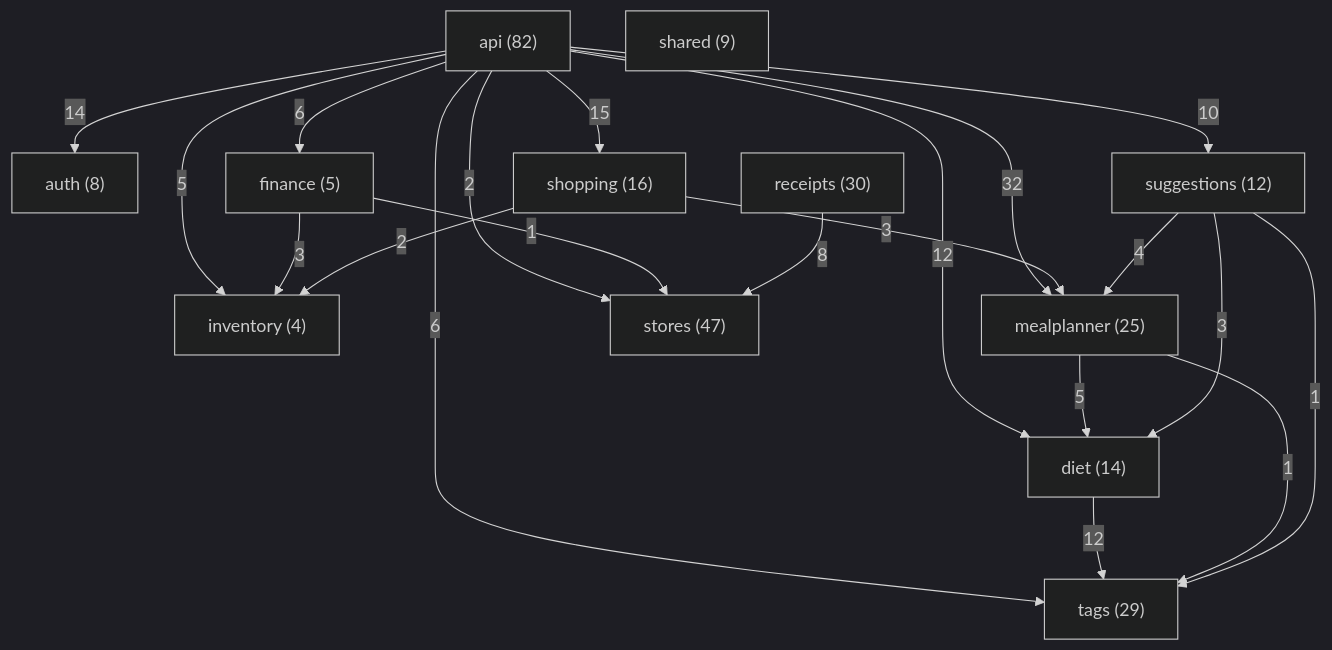
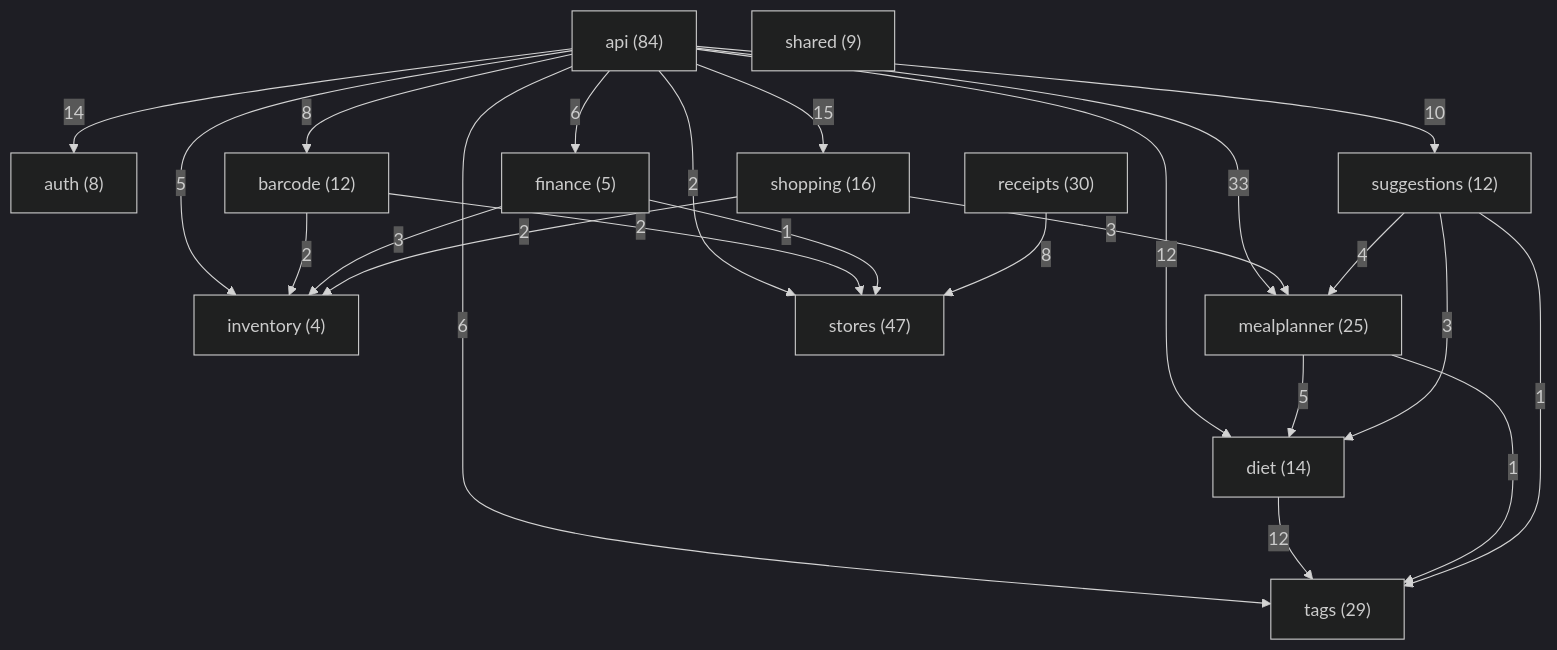
The diagram in docs/classes/README.md (Nate-ryan-7690/dahaem), drawn with Mermaid (dark theme) before and after one commit. The commit also changed other lines of this file and 7 other files, not shown here.

````diff
--- a/docs/classes/README.md
+++ b/docs/classes/README.md
@@ -9,35 +9,39 @@
 ```mermaid
 flowchart TD
-    api["api (82)"]
+    api["api (84)"]
     auth["auth (8)"]
+    barcode["barcode (12)"]
     diet["diet (14)"]
     finance["finance (5)"]
     inventory["inventory (4)"]
     mealplanner["mealplanner (25)"]
     receipts["receipts (30)"]
     shared["shared (9)"]
     shopping["shopping (16)"]
     stores["stores (47)"]
     suggestions["suggestions (12)"]
     tags["tags (29)"]
     api -->|14| auth
+    api -->|8| barcode
     api -->|12| diet
     api -->|6| finance
     api -->|5| inventory
-    api -->|32| mealplanner
+    api -->|33| mealplanner
     api -->|15| shopping
     api -->|2| stores
     api -->|10| suggestions
     api -->|6| tags
+    barcode -->|2| inventory
+    barcode -->|2| stores
     diet -->|12| tags
     finance -->|3| inventory
     finance -->|1| stores
     mealplanner -->|5| diet
     mealplanner -->|1| tags
     receipts -->|8| stores
     shopping -->|2| inventory
     shopping -->|3| mealplanner
     suggestions -->|3| diet
     suggestions -->|4| mealplanner
     suggestions -->|1| tags
 ```
````
